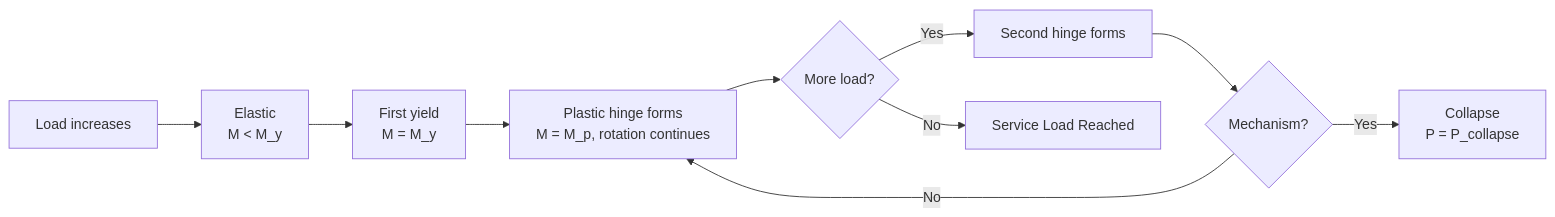
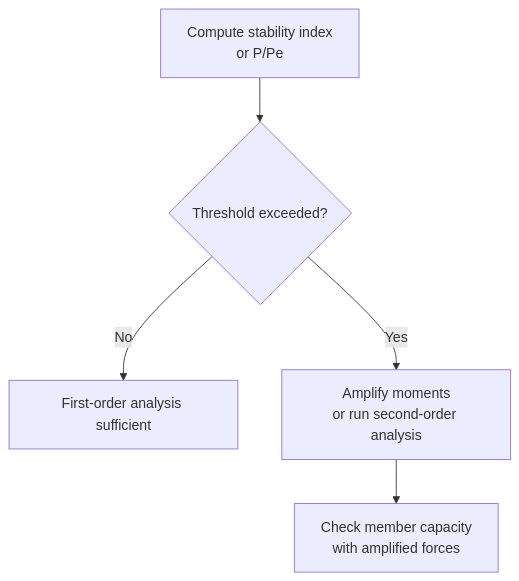
The fifth of 5 diagrams in MIT_CEE_Core/Track_2_Mechanics_Materials/Structural_Design/03_1.036_Structural_Mechanics_and_Design.md (yip-lgtm/civil-bootcamp), drawn with Mermaid before and after one commit. The commit also changed other lines of this file, not shown here.

````diff
--- a/MIT_CEE_Core/Track_2_Mechanics_Materials/Structural_Design/03_1.036_Structural_Mechanics_and_Design.md
+++ b/MIT_CEE_Core/Track_2_Mechanics_Materials/Structural_Design/03_1.036_Structural_Mechanics_and_Design.md
@@ -455,12 +171,7 @@
 ```mermaid
-flowchart LR
-    A[Load increases] --> B[Elastic<br/>M < M_y]
-    B --> C[First yield<br/>M = M_y]
-    C --> D[Plastic hinge forms<br/>M = M_p, rotation continues]
-    D --> E{More load?}
-    E -->|Yes| F[Second hinge forms]
-    E -->|No| G[Service Load Reached]
-    F --> H{Mechanism?}
-    H -->|Yes| I[Collapse<br/>P = P_collapse]
-    H -->|No| D
+flowchart TD
+    A[Compute stability index<br/>or P/Pe] --> B{Threshold exceeded?}
+    B -->|No| C[First-order analysis sufficient]
+    B -->|Yes| D[Amplify moments<br/>or run second-order analysis]
+    D --> E[Check member capacity<br/>with amplified forces]
 ```
````
